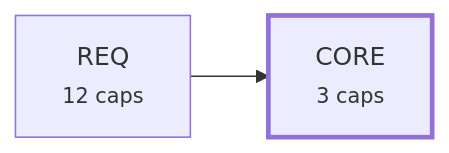
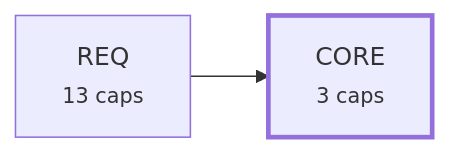
One commit to alxmax/Requirement-manager changed the third of 4 diagrams in plugin/requirements/_map.md. Above: the diagram before and after it, drawn with Mermaid. The commit also changed other lines of this file and 9 other files, not shown here.

````diff
--- a/plugin/requirements/_map.md
+++ b/plugin/requirements/_map.md
@@ -130,7 +136,7 @@
 ```mermaid
 graph LR
   a_CORE["CORE<br><small>3 caps</small>"]
-  a_REQ["REQ<br><small>12 caps</small>"]
+  a_REQ["REQ<br><small>13 caps</small>"]
   a_REQ --> a_CORE
   style a_CORE stroke-width:3px
 ```
````
